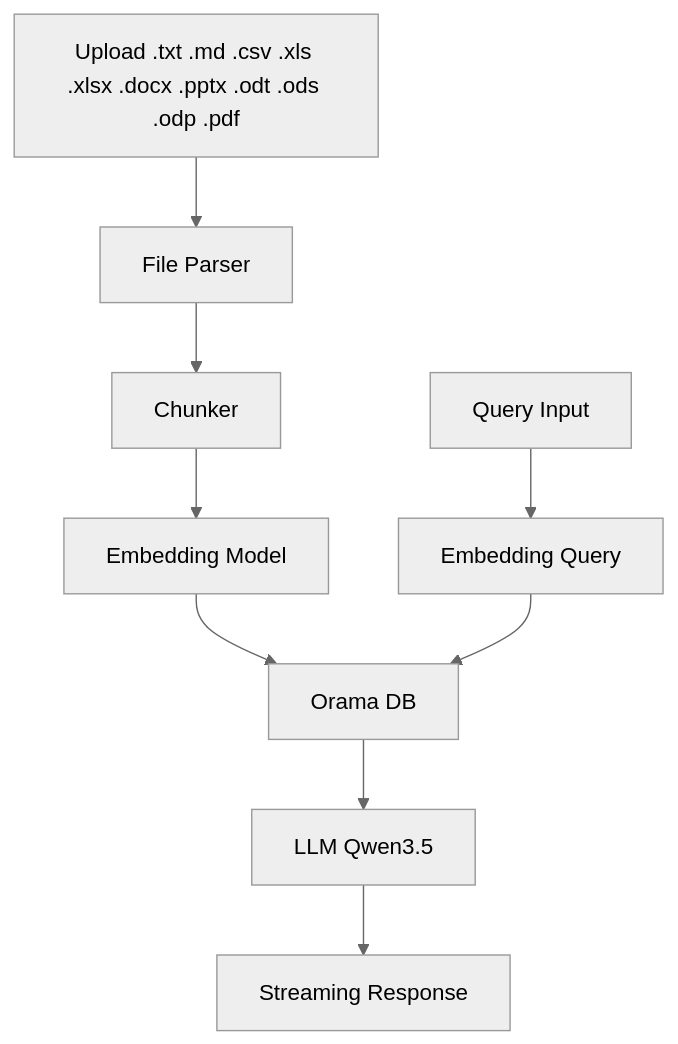
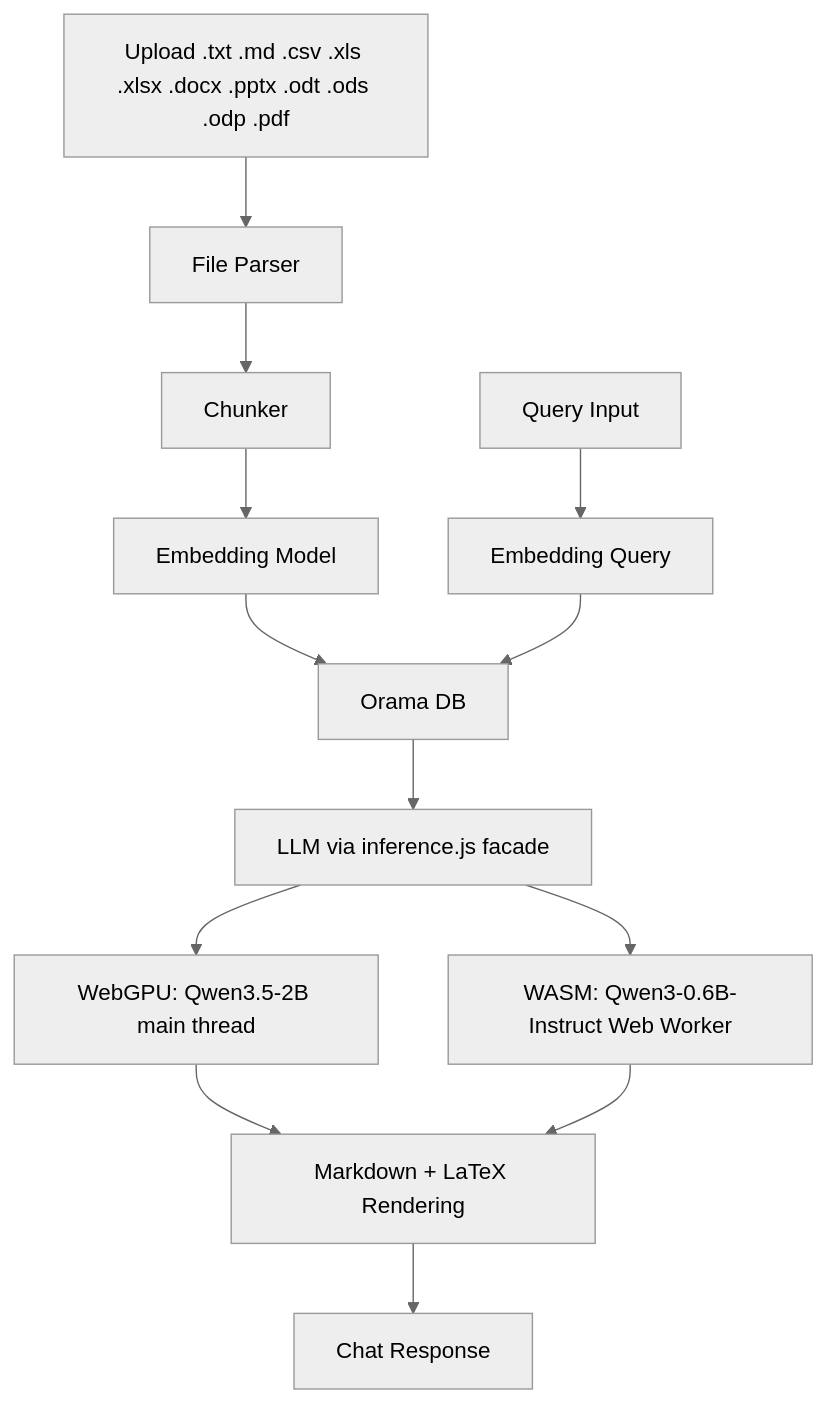
Before and after one commit to RobertLicht/rag-browser: the diagram in README.md, drawn with Mermaid (neutral theme). The commit also changed other lines of this file, not shown here.

Commit message:
qwen3 - Updated README.md

````diff
--- a/README.md
+++ b/README.md
@@ -18,11 +23,15 @@
 ```mermaid
 graph TD
     A[Upload .txt .md .csv .xls .xlsx .docx .pptx .odt .ods .odp .pdf] --> B[File Parser]
     B --> C[Chunker]
     C --> D[Embedding Model]
     D --> E[Orama DB]
     F[Query Input] --> G[Embedding Query]
     G --> E
-    E --> H[LLM Qwen3.5]
-    H --> I[Streaming Response]
+    E --> H[LLM via inference.js facade]
+    H --> I[WebGPU: Qwen3.5-2B main thread]
+    H --> J[WASM: Qwen3-0.6B-Instruct Web Worker]
+    I --> K[Markdown + LaTeX Rendering]
+    J --> K
+    K --> L[Chat Response]
 ```
````
